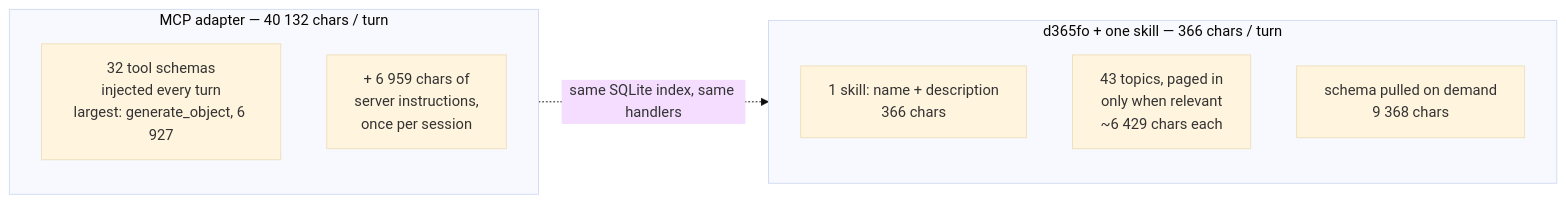
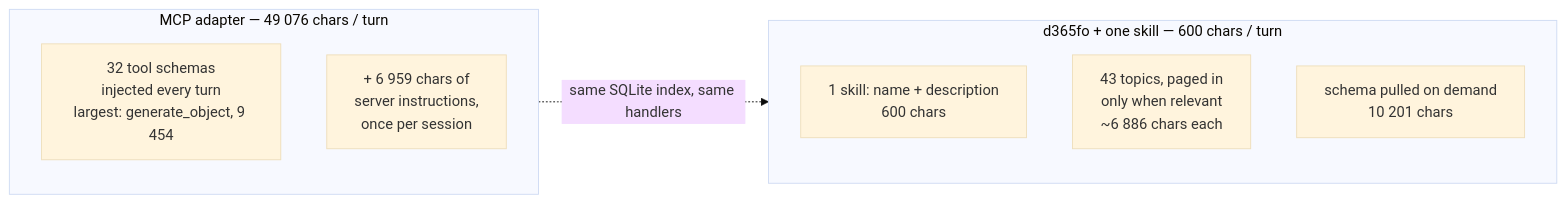
The diagram in docs/TOKEN_ECONOMICS.md (dynamics365ninja/d365fo-cli), drawn with Mermaid (base theme) before and after one commit. The commit also changed other lines of this file and 27 other files, not shown here.

````diff
--- a/docs/TOKEN_ECONOMICS.md
+++ b/docs/TOKEN_ECONOMICS.md
@@ -50,15 +52,15 @@
 ```mermaid
 flowchart LR
-    subgraph MCP["MCP adapter — 40 132 chars / turn"]
+    subgraph MCP["MCP adapter — 49 076 chars / turn"]
         direction TB
-        M1["32 tool schemas<br/>injected every turn<br/>largest: generate_object, 6 927"]
+        M1["32 tool schemas<br/>injected every turn<br/>largest: generate_object, 9 454"]
         M2["+ 6 959 chars of<br/>server instructions,<br/>once per session"]
     end
-    subgraph CLI["d365fo + one skill — 366 chars / turn"]
+    subgraph CLI["d365fo + one skill — 600 chars / turn"]
         direction TB
-        C1["1 skill: name + description<br/>366 chars"]
-        C2["43 topics, paged in<br/>only when relevant<br/>~6 429 chars each"]
-        C3["schema pulled on demand<br/>9 368 chars"]
+        C1["1 skill: name + description<br/>600 chars"]
+        C2["43 topics, paged in<br/>only when relevant<br/>~6 886 chars each"]
+        C3["schema pulled on demand<br/>10 201 chars"]
     end
     MCP -.->|same SQLite index, same handlers| CLI
 ```
````
